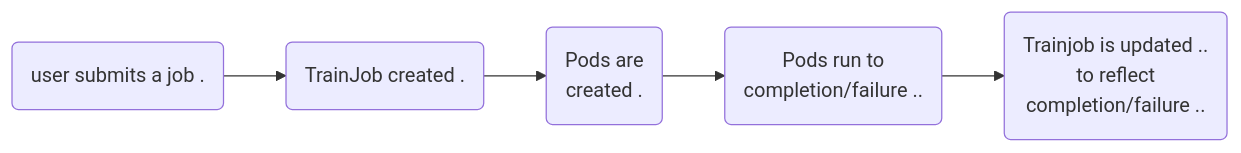
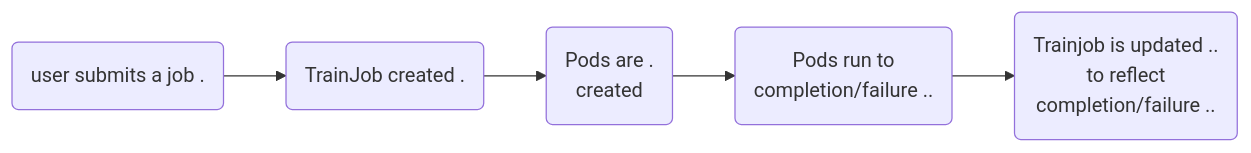
One commit to AndEsterson/talks changed the first of 2 diagrams in kubeflow-trainer-proposal/index.qmd. Above: the diagram before and after it, drawn with Mermaid.

Commit message:
correct spacing

````diff
--- a/kubeflow-trainer-proposal/index.qmd
+++ b/kubeflow-trainer-proposal/index.qmd
@@ -11,11 +11,11 @@
 ```{mermaid}
 flowchart LR
   A(user submits a job .) --> B(TrainJob created .)
-  B --> C(Pods are 
-          created .)
+  B --> C(Pods are .
+          created)
   C --> D(Pods run to 
           completion/failure ..)
   D --> E(Trainjob is updated .. 
           to reflect
           completion/failure ..)
 ```
````
